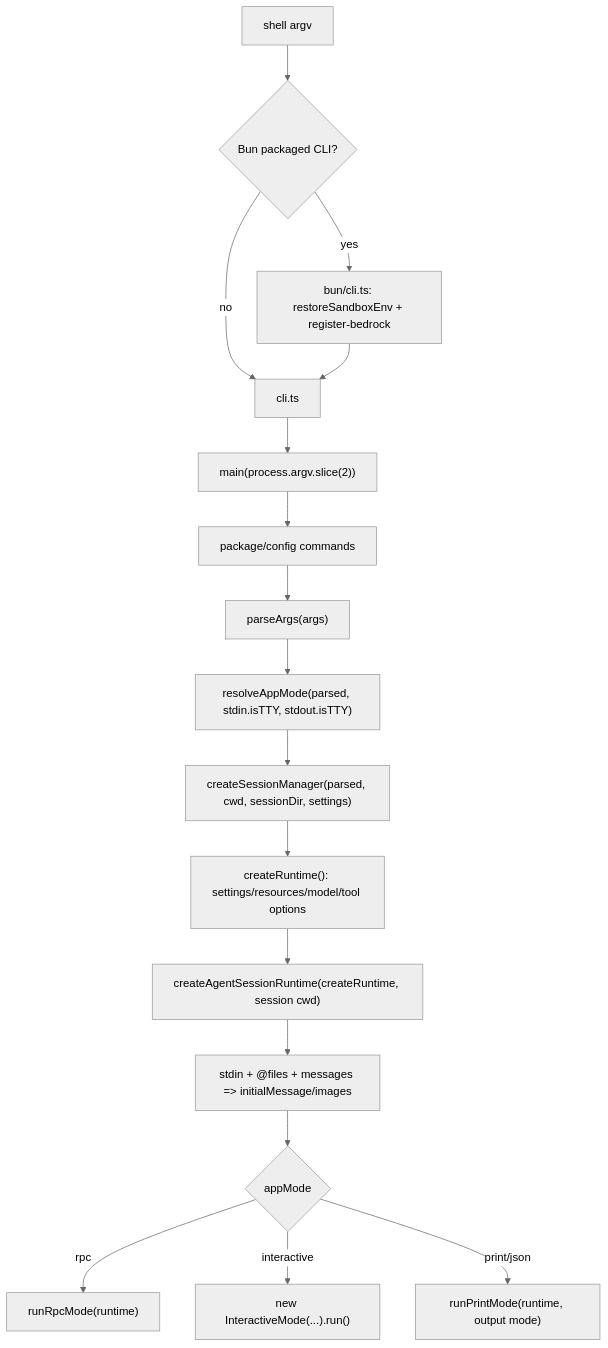
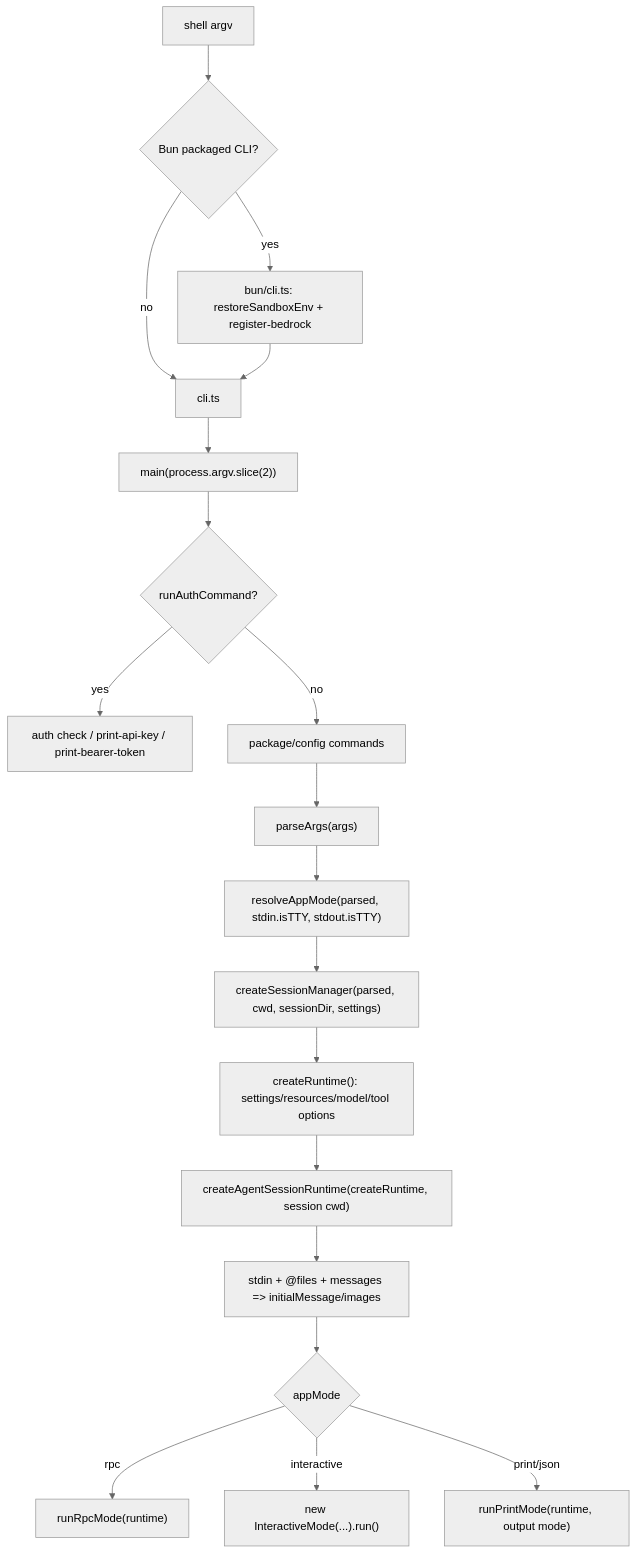
One commit to wdnmdtonyma/SOTA-Agent-LLM-Wiki changed the diagram in docs/llm-wiki/pi/spine/process-lifecycle.md. Above: the diagram before and after it, drawn with Mermaid (neutral theme). The commit also changed other lines of this file and 236 other files, not shown here.

````diff
--- a/docs/llm-wiki/pi/spine/process-lifecycle.md
+++ b/docs/llm-wiki/pi/spine/process-lifecycle.md
@@ -17,19 +17,21 @@
 ```mermaid
 flowchart TD
   Shell["shell argv"] --> Bun{"Bun packaged CLI?"}
   Bun -->|yes| BunShim["bun/cli.ts: restoreSandboxEnv + register-bedrock"]
   Bun -->|no| NodeCli["cli.ts"]
   BunShim --> NodeCli
   NodeCli --> Main["main(process.argv.slice(2))"]
-  Main --> Early["package/config commands"]
+  Main --> Auth{"runAuthCommand?"}
+  Auth -->|yes| AuthExit["auth check / print-api-key / print-bearer-token"]
+  Auth -->|no| Early["package/config commands"]
   Early --> Parse["parseArgs(args)"]
   Parse --> Mode["resolveAppMode(parsed, stdin.isTTY, stdout.isTTY)"]
   Mode --> Session["createSessionManager(parsed, cwd, sessionDir, settings)"]
   Session --> RuntimeFactory["createRuntime(): settings/resources/model/tool options"]
   RuntimeFactory --> Runtime["createAgentSessionRuntime(createRuntime, session cwd)"]
   Runtime --> Input["stdin + @files + messages => initialMessage/images"]
   Input --> Dispatch{"appMode"}
   Dispatch -->|rpc| Rpc["runRpcMode(runtime)"]
   Dispatch -->|interactive| Interactive["new InteractiveMode(...).run()"]
   Dispatch -->|print/json| Print["runPrintMode(runtime, output mode)"]
 ```
````
